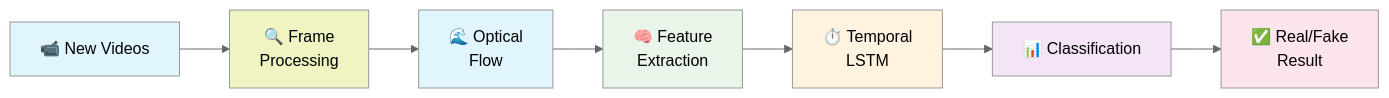
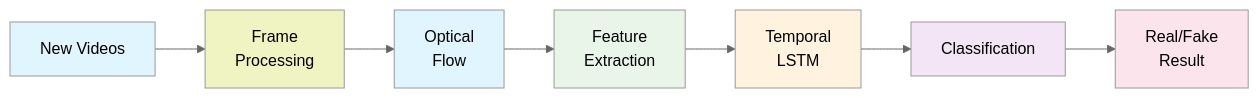
The tenth of 12 diagrams in workflow.md (Sainava/DeepFake-Detection), drawn with Mermaid (neutral theme) before and after one commit.

Commit message:
🔧 Remove emojis from Real-Time Inference Pipeline horizontal flow
- Clean up presentation diagram for better professional appearance
- Keep all other sections unchanged as requested

````diff
--- a/workflow.md
+++ b/workflow.md
@@ -295,12 +295,12 @@
 ```mermaid
 graph LR
-    A[📹 New Videos] --> B[🔍 Frame<br/>Processing] --> C[🌊 Optical<br/>Flow] --> D[🧠 Feature<br/>Extraction] --> E[⏱️ Temporal<br/>LSTM] --> F[📊 Classification] --> G[✅ Real/Fake<br/>Result]
+    A[New Videos] --> B[Frame<br/>Processing] --> C[Optical<br/>Flow] --> D[Feature<br/>Extraction] --> E[Temporal<br/>LSTM] --> F[Classification] --> G[Real/Fake<br/>Result]
     
     style A fill:#e1f5fe
     style B fill:#f0f4c3
     style C fill:#e1f5fe
     style D fill:#e8f5e8
     style E fill:#fff3e0
     style F fill:#f3e5f5
     style G fill:#fce4ec
 ```
````
